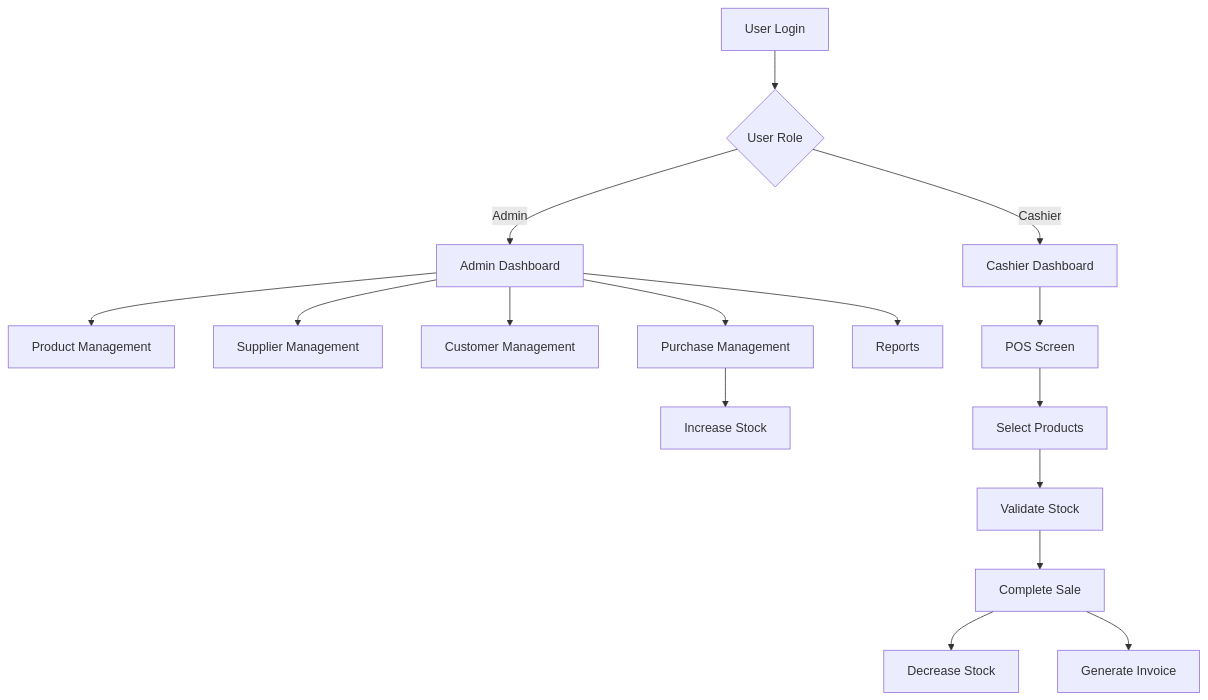
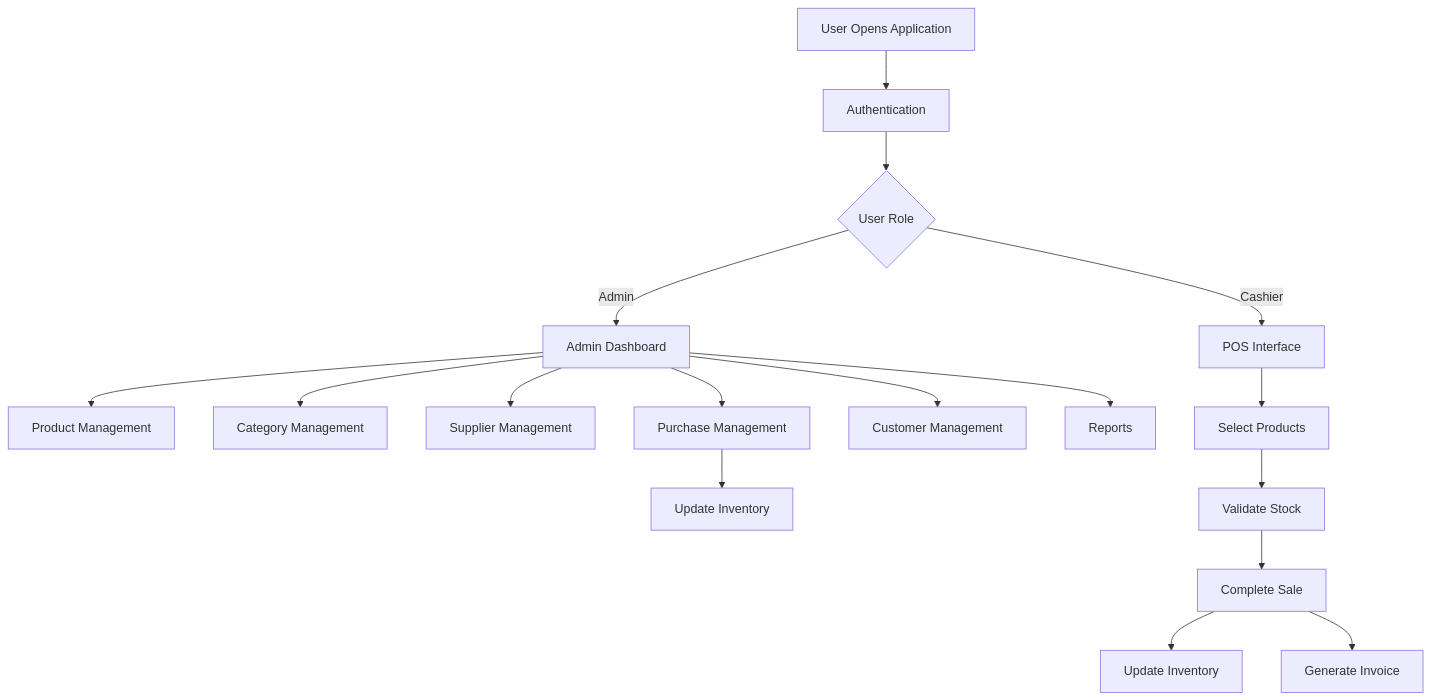
One commit to radiamahbub/inventory_pos_system changed the second of 3 diagrams in README.md. Above: the diagram before and after it, drawn with Mermaid. The commit also changed other lines of this file, not shown here.

````diff
--- a/README.md
+++ b/README.md
@@ -635,21 +620,23 @@
 ```mermaid
 flowchart TD
-    A[User Login] --> B{User Role}
-    B -->|Admin| C[Admin Dashboard]
-    B -->|Cashier| D[Cashier Dashboard]
+    A[User Opens Application] --> B[Authentication]
+    B --> C{User Role}
 
-    C --> E[Product Management]
-    C --> F[Supplier Management]
-    C --> G[Customer Management]
-    C --> H[Purchase Management]
-    C --> I[Reports]
+    C -->|Admin| D[Admin Dashboard]
+    C -->|Cashier| E[POS Interface]
 
-    H --> J[Increase Stock]
+    D --> F[Product Management]
+    D --> G[Category Management]
+    D --> H[Supplier Management]
+    D --> I[Purchase Management]
+    D --> J[Customer Management]
+    D --> K[Reports]
 
-    D --> K[POS Screen]
-    K --> L[Select Products]
-    L --> M[Validate Stock]
-    M --> N[Complete Sale]
-    N --> O[Decrease Stock]
-    N --> P[Generate Invoice]
+    I --> L[Update Inventory]
+
+    E --> M[Select Products]
+    M --> N[Validate Stock]
+    N --> O[Complete Sale]
+    O --> P[Update Inventory]
+    O --> Q[Generate Invoice]
 ```
````
